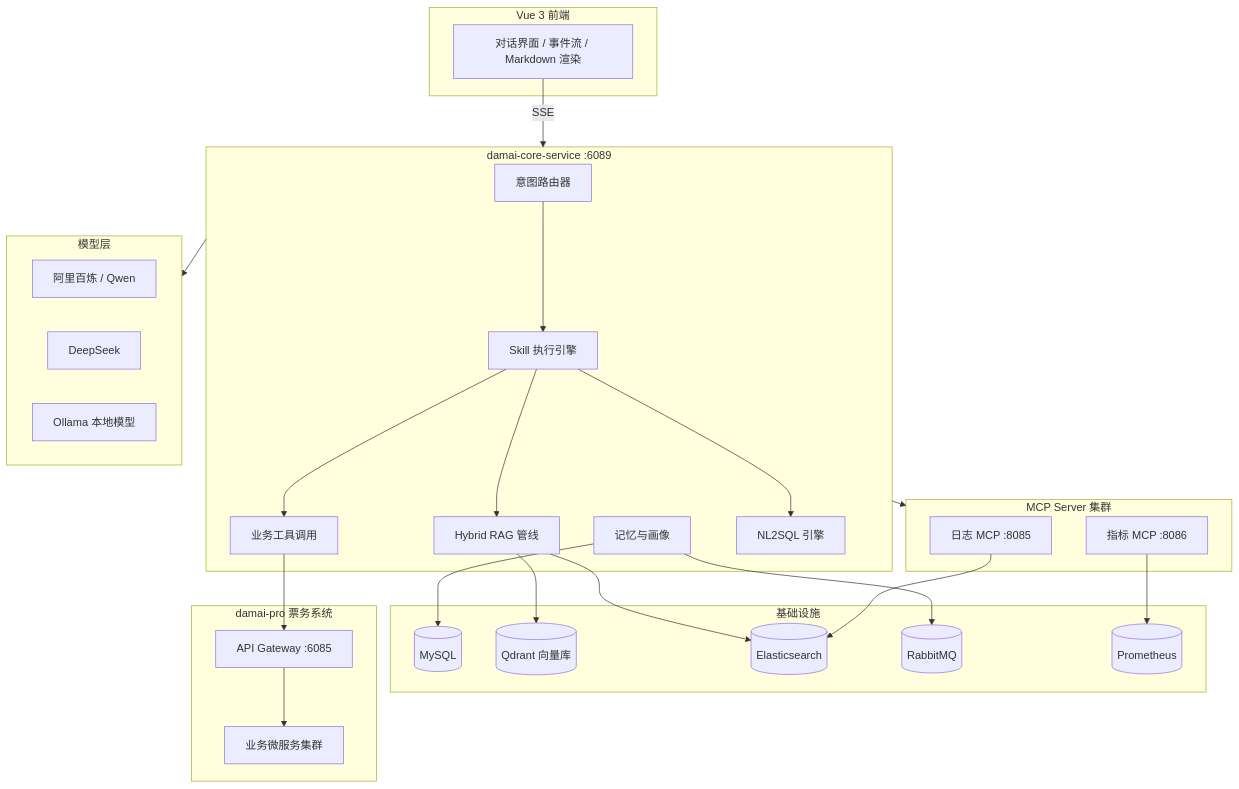
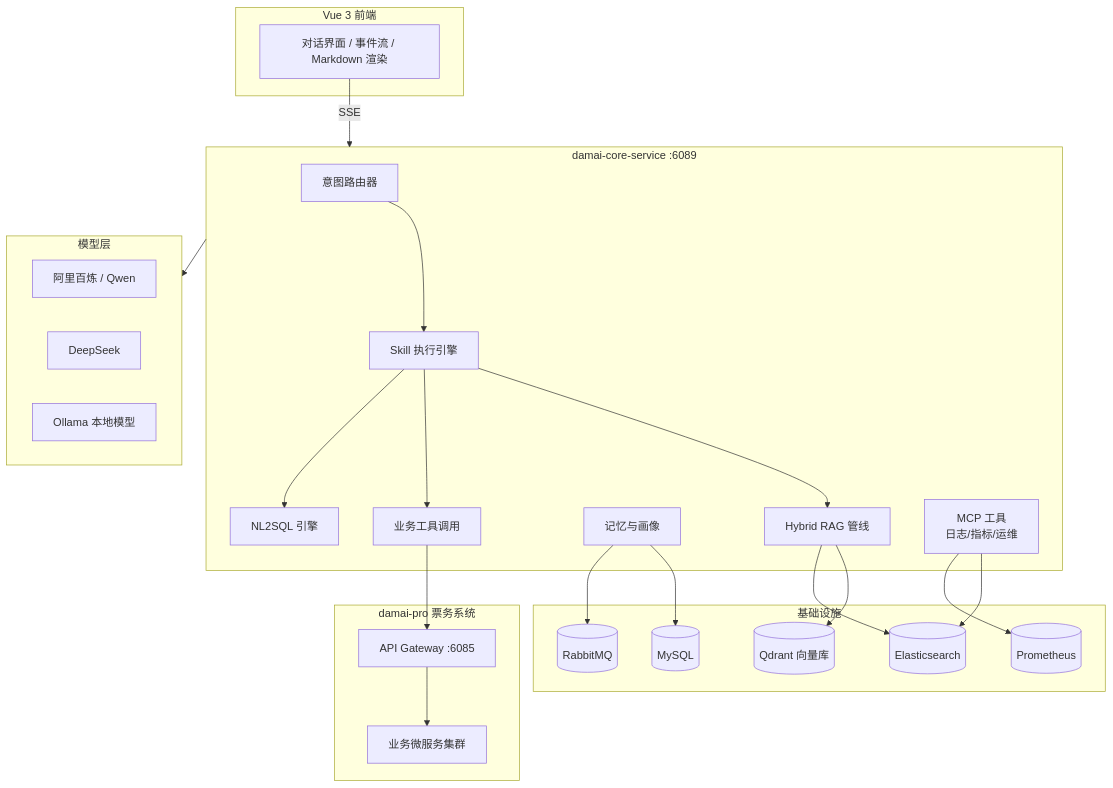
The first of 4 diagrams in damai-ai/README.md (LittleSongxx/damai), drawn with Mermaid before and after one commit. The commit also changed other lines of this file and 5 other files, not shown here.

Commit message:
chore: sync project docs with current codebase — fix MCP architecture, module counts, and broken links

````diff
--- a/damai-ai/README.md
+++ b/damai-ai/README.md
@@ -11,55 +11,50 @@
 ```mermaid
 graph TB
     subgraph Frontend["Vue 3 前端"]
         UI[对话界面 / 事件流 / Markdown 渲染]
     end
 
     subgraph Core["damai-core-service :6089"]
         Router[意图路由器]
         SkillEngine[Skill 执行引擎]
         RAG[Hybrid RAG 管线]
         Tools[业务工具调用]
         Memory[记忆与画像]
         NL2SQL[NL2SQL 引擎]
-    end
-
-    subgraph MCP["MCP Server 集群"]
-        LogMCP["日志 MCP :8085"]
-        MetricsMCP["指标 MCP :8086"]
+        MCP[MCP 工具<br/>日志/指标/运维]
     end
 
     subgraph Models["模型层"]
         Qwen[阿里百炼 / Qwen]
         DeepSeek[DeepSeek]
         Ollama[Ollama 本地模型]
     end
 
     subgraph Infra["基础设施"]
         MySQL[(MySQL)]
         Qdrant[(Qdrant 向量库)]
         ES[(Elasticsearch)]
         RabbitMQ[(RabbitMQ)]
         Prometheus[(Prometheus)]
     end
 
     subgraph Pro["damai-pro 票务系统"]
         Gateway[API Gateway :6085]
         BizServices[业务微服务集群]
     end
 
     UI -->|SSE| Core
     Router --> SkillEngine
     SkillEngine --> RAG
     SkillEngine --> Tools
     SkillEngine --> NL2SQL
     RAG --> Qdrant
     RAG --> ES
     Tools --> Gateway
     Gateway --> BizServices
     Core --> Models
-    Core --> MCP
-    LogMCP --> ES
-    MetricsMCP --> Prometheus
+    MCP --> ES
+    MCP --> Prometheus
     Memory --> MySQL
     Memory --> RabbitMQ
 ```
````
